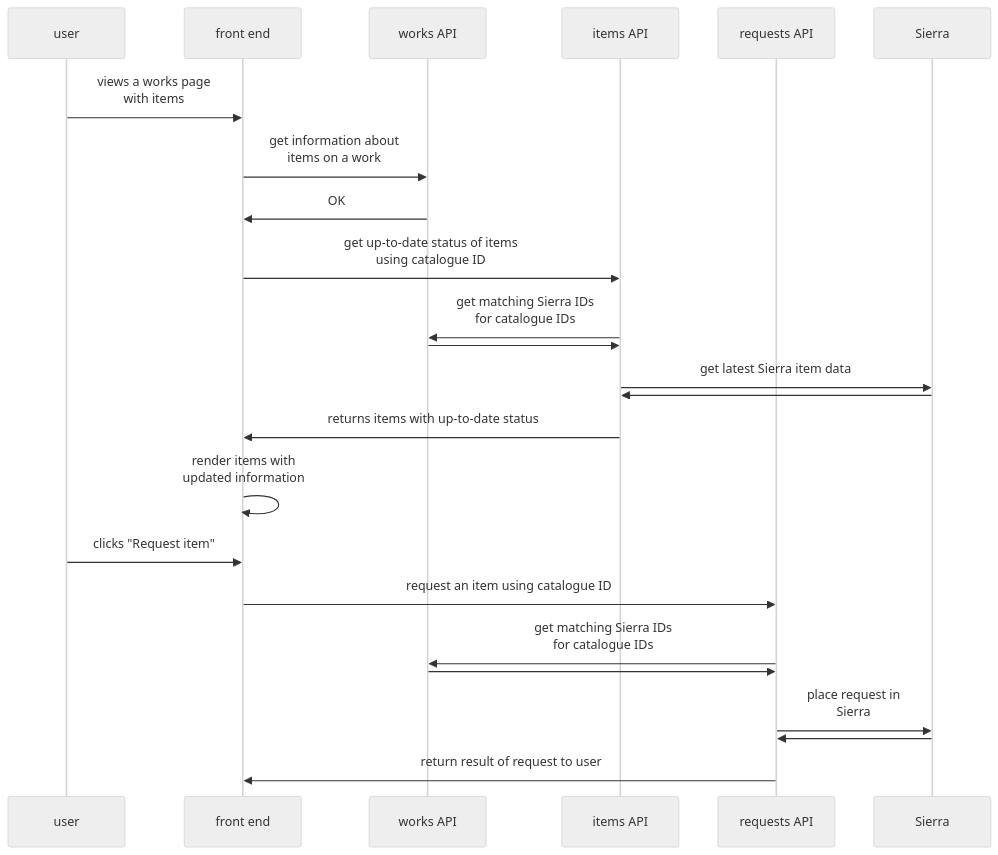
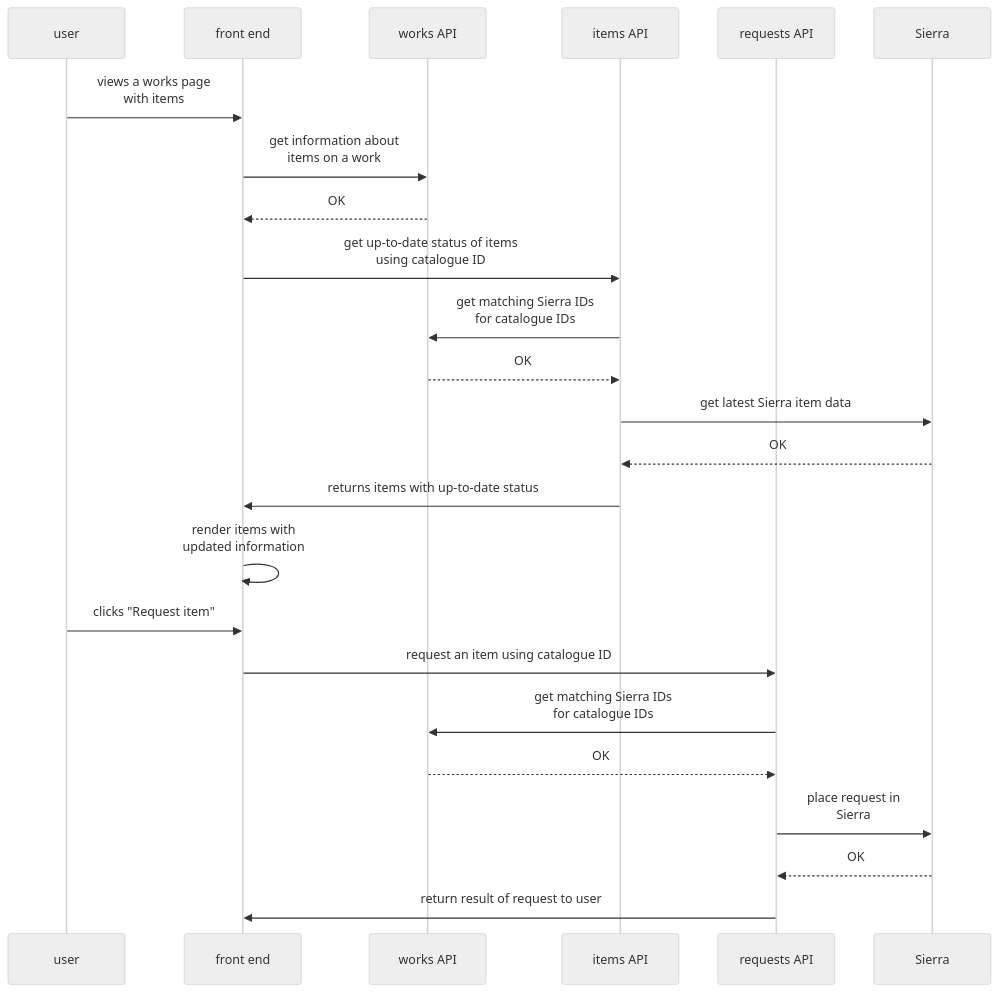
One commit to wellcomecollection/catalogue-api changed the diagram in docs/requesting_flow.md. Above: the diagram before and after it, drawn with Mermaid (neutral theme).

Commit message:
Update requesting_flow.md
Mermaid on Github doesn't like it when an arrow is unlabelled in a sequence diagram, even when it's just a response to the previous message in the opposite direction.

I have added an "OK" to each of these and turned them all into dashed arrows to signify they are responses.

````diff
--- a/docs/requesting_flow.md
+++ b/docs/requesting_flow.md
@@ -7,30 +7,30 @@
 ```mermaid
 sequenceDiagram
      participant user
      participant front end
      participant works API
      participant items API
      participant requests API
      participant Sierra
 
      user->>front end: views a works page<br/> with items
 
      front end->>works API: get information about<br/>items on a work
-     works API->>front end: OK
+     works API-->>front end: OK
 
      front end->>items API: get up-to-date status of items<br/>using catalogue ID
      items API->>works API: get matching Sierra IDs<br/>for catalogue IDs
-     works API->>items API:
+     works API-->>items API: OK
      items API->>Sierra: get latest Sierra item data
-     Sierra->>items API:
+     Sierra-->>items API: OK
      items API->>front end: returns items with up-to-date status
      front end->>front end: render items with<br/>updated information
 
      user->>front end: clicks "Request item"
      front end->>requests API: request an item using catalogue ID
      requests API->>works API: get matching Sierra IDs<br/>for catalogue IDs
-     works API->>requests API:
+     works API-->>requests API: OK
      requests API->>Sierra: place request in<br/>Sierra
-     Sierra->>requests API:
+     Sierra-->>requests API: OK
      requests API->>front end: return result of request to user
 ```
````
